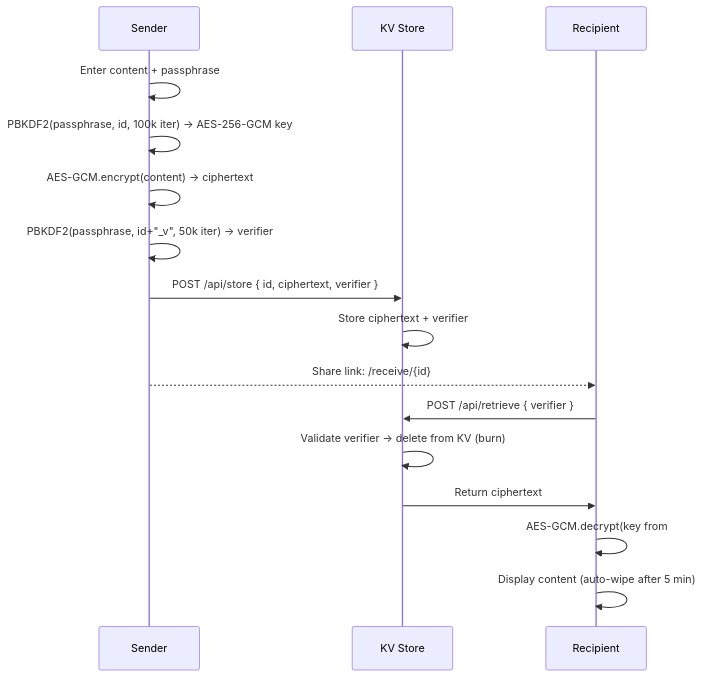
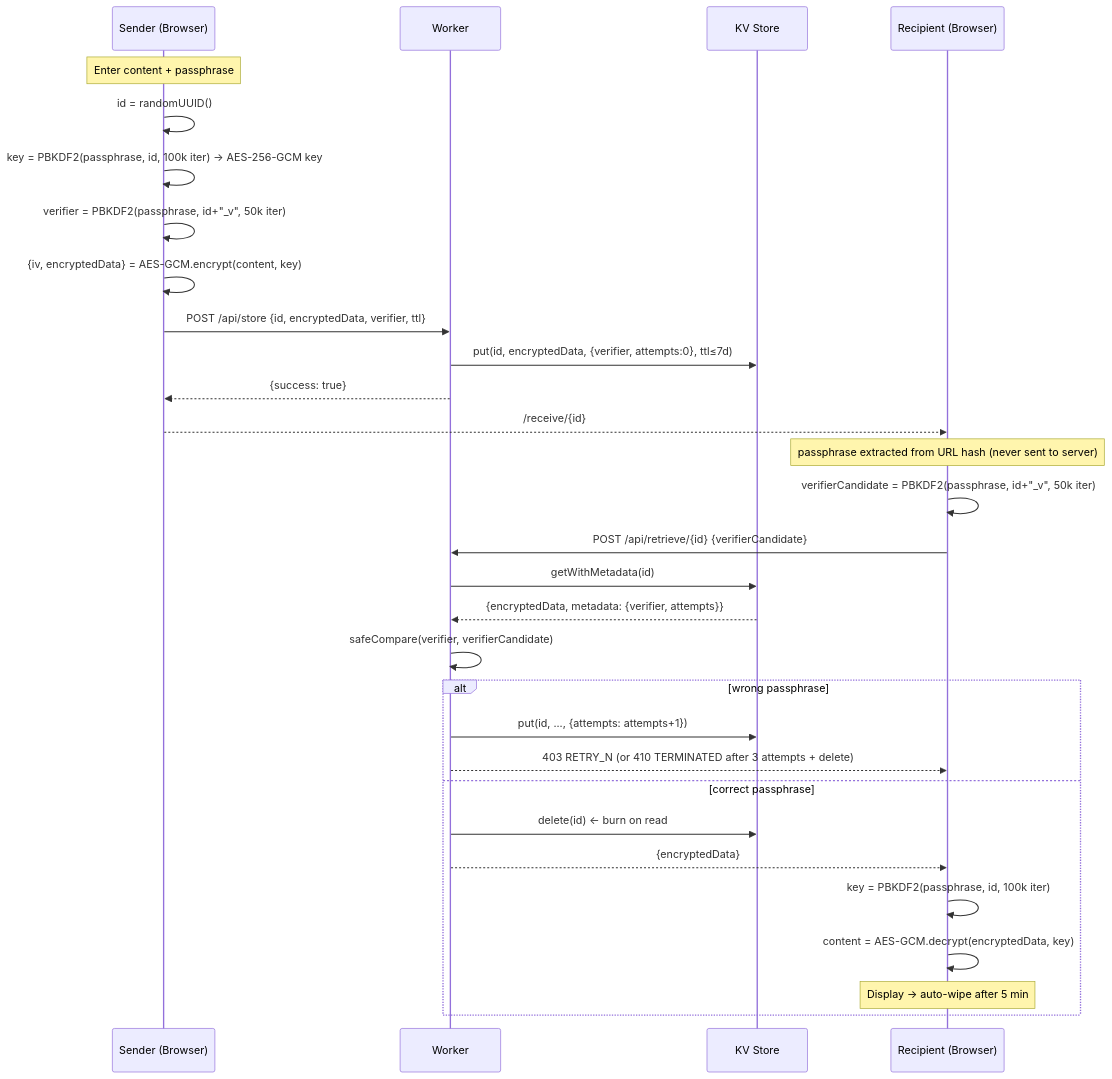
Before and after one commit to maciekaz/Edge-Secrets: the first of 5 diagrams in README.md, drawn with Mermaid. The commit also changed other lines of this file, not shown here.

First line of the commit message:
Fix Mermaid diagrams to match actual code

````diff
--- a/README.md
+++ b/README.md
@@ -13,23 +13,37 @@
 ```mermaid
 sequenceDiagram
-    participant S as Sender
-    participant K as KV Store
-    participant R as Recipient
+    participant S as Sender (Browser)
+    participant W as Worker
+    participant KV as KV Store
+    participant R as Recipient (Browser)
 
-    S->>S: Enter content + passphrase
-    S->>S: PBKDF2(passphrase, id, 100k iter) → AES-256-GCM key
-    S->>S: AES-GCM.encrypt(content) → ciphertext
-    S->>S: PBKDF2(passphrase, id+"_v", 50k iter) → verifier
+    Note over S: Enter content + passphrase
+    S->>S: id = randomUUID()
+    S->>S: key = PBKDF2(passphrase, id, 100k iter) → AES-256-GCM key
+    S->>S: verifier = PBKDF2(passphrase, id+"_v", 50k iter)
+    S->>S: {iv, encryptedData} = AES-GCM.encrypt(content, key)
 
-    S->>K: POST /api/store { id, ciphertext, verifier }
-    K->>K: Store ciphertext + verifier
+    S->>W: POST /api/store {id, encryptedData, verifier, ttl}
+    W->>KV: put(id, encryptedData, {verifier, attempts:0}, ttl≤7d)
+    W-->>S: {success: true}
 
-    S-->>R: Share link: /receive/{id}#{passphrase}
+    S-->>R: /receive/{id}#{passphrase}  ← shared out-of-band
 
-    R->>K: POST /api/retrieve { verifier }
-    K->>K: Validate verifier → delete from KV (burn)
-    K->>R: Return ciphertext
+    Note over R: passphrase extracted from URL hash (never sent to server)
+    R->>R: verifierCandidate = PBKDF2(passphrase, id+"_v", 50k iter)
+    R->>W: POST /api/retrieve/{id} {verifierCandidate}
+    W->>KV: getWithMetadata(id)
+    KV-->>W: {encryptedData, metadata: {verifier, attempts}}
+    W->>W: safeCompare(verifier, verifierCandidate)
 
-    R->>R: AES-GCM.decrypt(key from #hash) → plaintext
-    R->>R: Display content (auto-wipe after 5 min)
+    alt wrong passphrase
+        W->>KV: put(id, ..., {attempts: attempts+1})
+        W-->>R: 403 RETRY_N (or 410 TERMINATED after 3 attempts + delete)
+    else correct passphrase
+        W->>KV: delete(id)  ← burn on read
+        W-->>R: {encryptedData}
+        R->>R: key = PBKDF2(passphrase, id, 100k iter)
+        R->>R: content = AES-GCM.decrypt(encryptedData, key)
+        Note over R: Display → auto-wipe after 5 min
+    end
 ```
````
